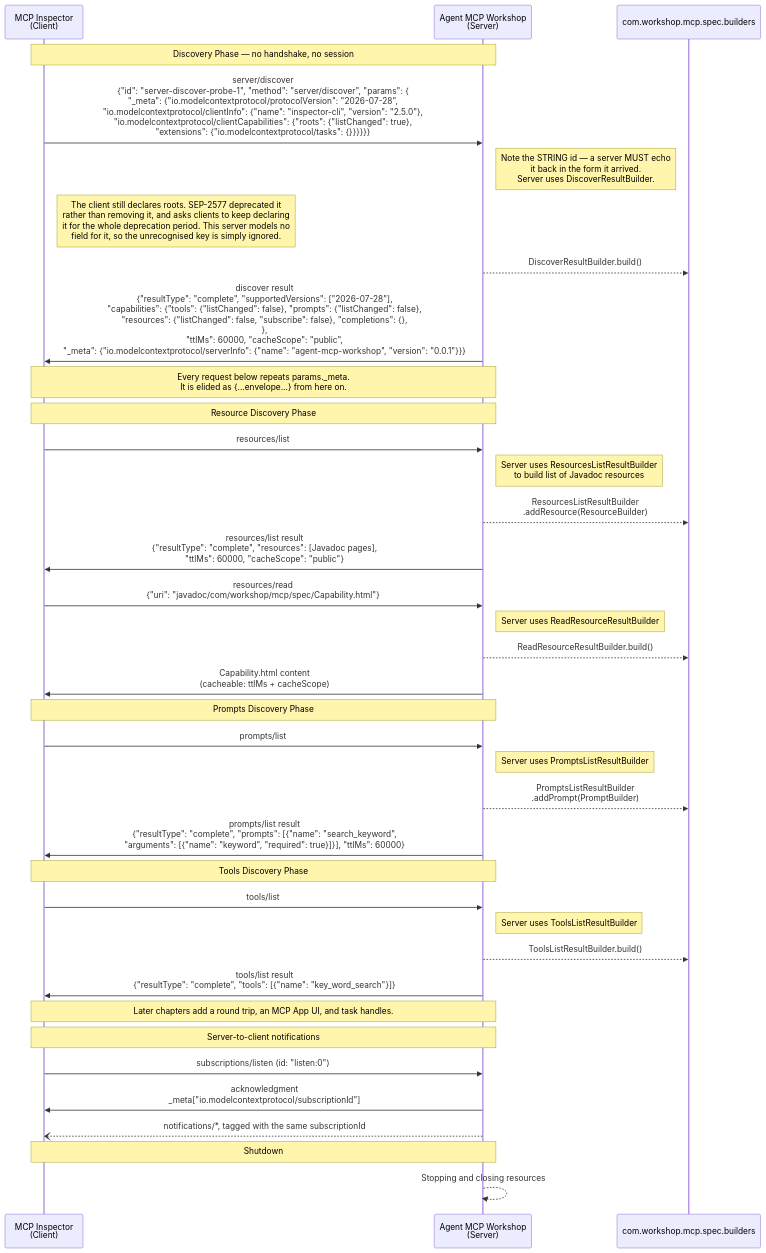
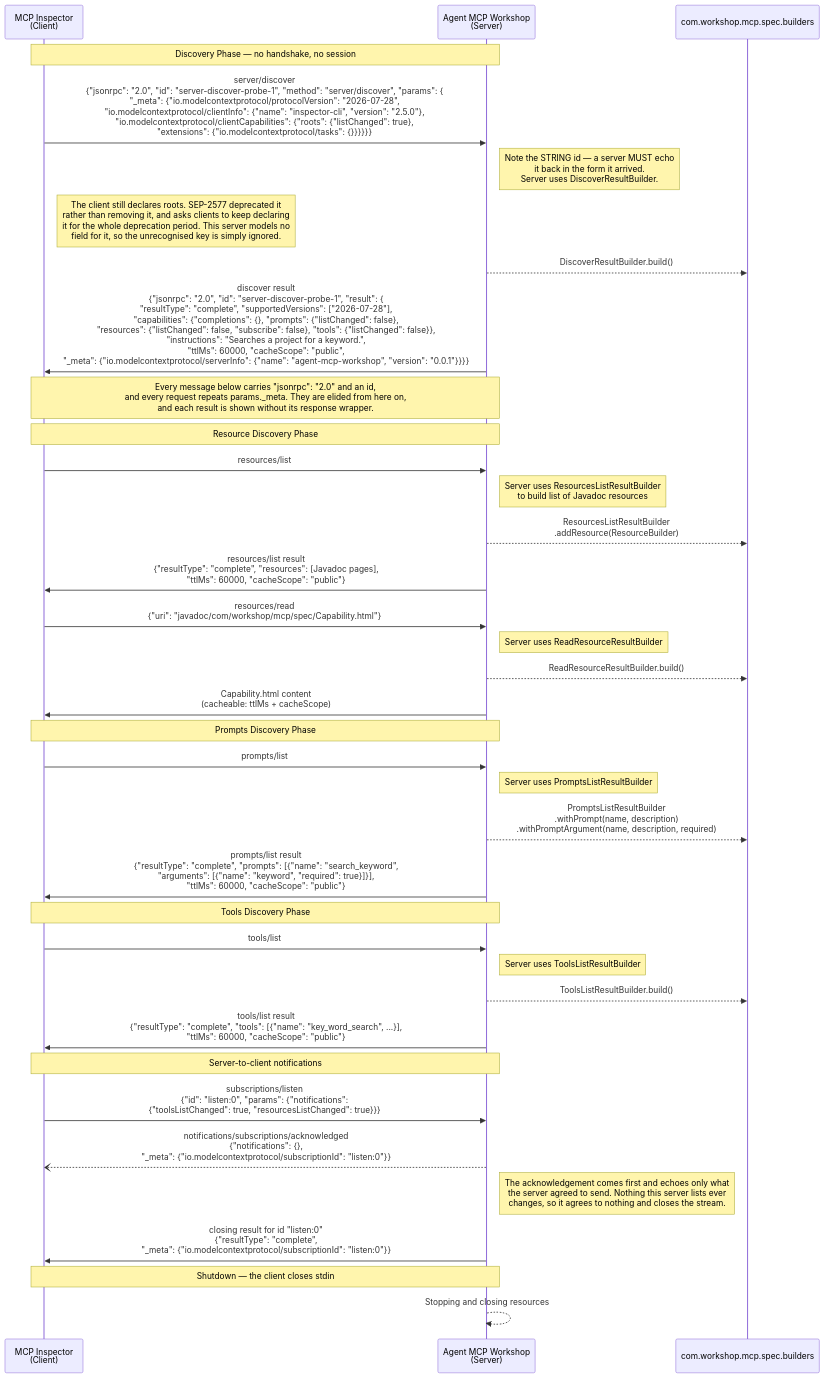
The diagram in lessons/02-mcp-json-communication-flow-diagram.md (David-Parry/agent-mcp-workshop), drawn with Mermaid before and after one commit. The commit also changed 17 other files, not shown here.

````diff
--- a/lessons/02-mcp-json-communication-flow-diagram.md
+++ b/lessons/02-mcp-json-communication-flow-diagram.md
@@ -3,63 +5,62 @@
 ```mermaid
 sequenceDiagram
     participant Client as MCP Inspector<br/>(Client)
     participant Server as Agent MCP Workshop<br/>(Server)
     participant Builders as com.workshop.mcp.spec.builders
 
     Note over Client,Server: Discovery Phase — no handshake, no session
 
-    Client->>Server: server/discover<br/>{"id": "server-discover-probe-1", "method": "server/discover", "params": {<br/>"_meta": {"io.modelcontextprotocol/protocolVersion": "2026-07-28",<br/>"io.modelcontextprotocol/clientInfo": {"name": "inspector-cli", "version": "2.5.0"},<br/>"io.modelcontextprotocol/clientCapabilities": {"roots": {"listChanged": true},<br/>"extensions": {"io.modelcontextprotocol/tasks": {}}}}}}
+    Client->>Server: server/discover<br/>{"jsonrpc": "2.0", "id": "server-discover-probe-1", "method": "server/discover", "params": {<br/>"_meta": {"io.modelcontextprotocol/protocolVersion": "2026-07-28",<br/>"io.modelcontextprotocol/clientInfo": {"name": "inspector-cli", "version": "2.5.0"},<br/>"io.modelcontextprotocol/clientCapabilities": {"roots": {"listChanged": true},<br/>"extensions": {"io.modelcontextprotocol/tasks": {}}}}}}
 
     Note right of Server: Note the STRING id — a server MUST echo<br/>it back in the form it arrived.<br/>Server uses DiscoverResultBuilder.
     Note right of Client: The client still declares roots. SEP-2577 deprecated it<br/>rather than removing it, and asks clients to keep declaring<br/>it for the whole deprecation period. This server models no<br/>field for it, so the unrecognised key is simply ignored.
     Server-->>Builders: DiscoverResultBuilder.build()
 
-    Server->>Client: discover result<br/>{"resultType": "complete", "supportedVersions": ["2026-07-28"],<br/>"capabilities": {"tools": {"listChanged": false}, "prompts": {"listChanged": false},<br/>"resources": {"listChanged": false, "subscribe": false}, "completions": {},<br/>},<br/>"ttlMs": 60000, "cacheScope": "public",<br/>"_meta": {"io.modelcontextprotocol/serverInfo": {"name": "agent-mcp-workshop", "version": "0.0.1"}}}
+    Server->>Client: discover result<br/>{"jsonrpc": "2.0", "id": "server-discover-probe-1", "result": {<br/>"resultType": "complete", "supportedVersions": ["2026-07-28"],<br/>"capabilities": {"completions": {}, "prompts": {"listChanged": false},<br/>"resources": {"listChanged": false, "subscribe": false}, "tools": {"listChanged": false}},<br/>"instructions": "Searches a project for a keyword.",<br/>"ttlMs": 60000, "cacheScope": "public",<br/>"_meta": {"io.modelcontextprotocol/serverInfo": {"name": "agent-mcp-workshop", "version": "0.0.1"}}}}
 
-    Note over Client,Server: Every request below repeats params._meta.<br/>It is elided as {...envelope...} from here on.
+    Note over Client,Server: Every message below carries "jsonrpc": "2.0" and an id,<br/>and every request repeats params._meta. They are elided from here on,<br/>and each result is shown without its response wrapper.
 
     Note over Client,Server: Resource Discovery Phase
 
     Client->>Server: resources/list
 
     Note right of Server: Server uses ResourcesListResultBuilder<br/>to build list of Javadoc resources
     Server-->>Builders: ResourcesListResultBuilder<br/>.addResource(ResourceBuilder)
 
     Server->>Client: resources/list result<br/>{"resultType": "complete", "resources": [Javadoc pages],<br/>"ttlMs": 60000, "cacheScope": "public"}
 
     Client->>Server: resources/read<br/>{"uri": "javadoc/com/workshop/mcp/spec/Capability.html"}
 
     Note right of Server: Server uses ReadResourceResultBuilder
     Server-->>Builders: ReadResourceResultBuilder.build()
 
     Server->>Client: Capability.html content<br/>(cacheable: ttlMs + cacheScope)
 
     Note over Client,Server: Prompts Discovery Phase
 
     Client->>Server: prompts/list
 
     Note right of Server: Server uses PromptsListResultBuilder
-    Server-->>Builders: PromptsListResultBuilder<br/>.addPrompt(PromptBuilder)
+    Server-->>Builders: PromptsListResultBuilder<br/>.withPrompt(name, description)<br/>.withPromptArgument(name, description, required)
 
-    Server->>Client: prompts/list result<br/>{"resultType": "complete", "prompts": [{"name": "search_keyword",<br/>"arguments": [{"name": "keyword", "required": true}]}], "ttlMs": 60000}
+    Server->>Client: prompts/list result<br/>{"resultType": "complete", "prompts": [{"name": "search_keyword",<br/>"arguments": [{"name": "keyword", "required": true}]}],<br/>"ttlMs": 60000, "cacheScope": "public"}
 
     Note over Client,Server: Tools Discovery Phase
 
     Client->>Server: tools/list
 
     Note right of Server: Server uses ToolsListResultBuilder
     Server-->>Builders: ToolsListResultBuilder.build()
 
-    Server->>Client: tools/list result<br/>{"resultType": "complete", "tools": [{"name": "key_word_search"}]}
-
-    Note over Client,Server: Later chapters add a round trip, an MCP App UI, and task handles.
+    Server->>Client: tools/list result<br/>{"resultType": "complete", "tools": [{"name": "key_word_search", ...}],<br/>"ttlMs": 60000, "cacheScope": "public"}
 
     Note over Client,Server: Server-to-client notifications
 
-    Client->>Server: subscriptions/listen (id: "listen:0")
-    Server->>Client: acknowledgment<br/>_meta["io.modelcontextprotocol/subscriptionId"]
-    Server--)Client: notifications/*, tagged with the same subscriptionId
+    Client->>Server: subscriptions/listen<br/>{"id": "listen:0", "params": {"notifications":<br/>{"toolsListChanged": true, "resourcesListChanged": true}}}
+    Server--)Client: notifications/subscriptions/acknowledged<br/>{"notifications": {},<br/>"_meta": {"io.modelcontextprotocol/subscriptionId": "listen:0"}}
+    Note right of Server: The acknowledgement comes first and echoes only what<br/>the server agreed to send. Nothing this server lists ever<br/>changes, so it agrees to nothing and closes the stream.
+    Server->>Client: closing result for id "listen:0"<br/>{"resultType": "complete",<br/>"_meta": {"io.modelcontextprotocol/subscriptionId": "listen:0"}}
 
-    Note over Client,Server: Shutdown
+    Note over Client,Server: Shutdown — the client closes stdin
     Server-->>Server: Stopping and closing resources
 ```
````
